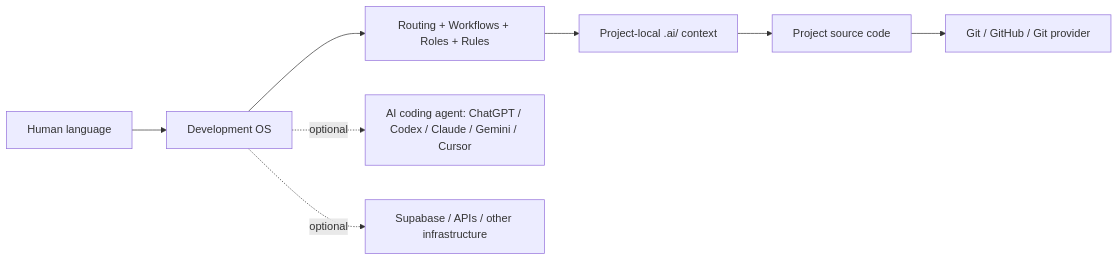
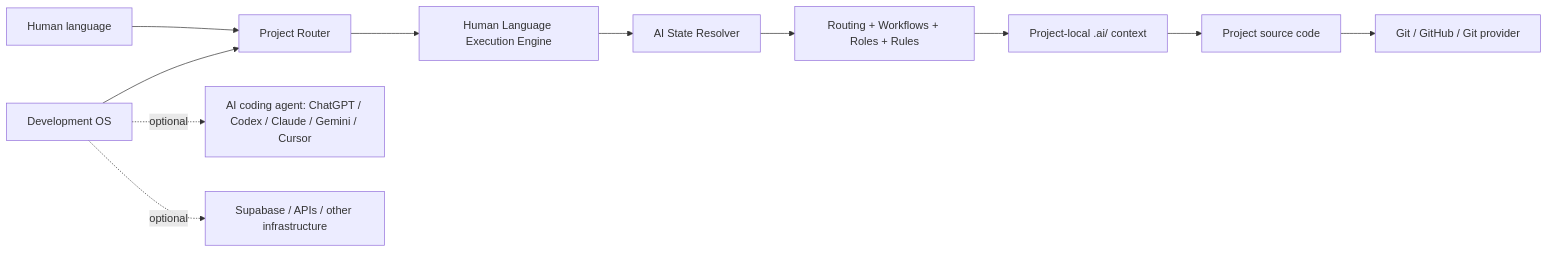
One commit to zzpsah/chatgpt-development-os changed the second of 3 diagrams in docs/ARCHITECTURE.md. Above: the diagram before and after it, drawn with Mermaid. The commit also changed other lines of this file, not shown here.

Commit message:
docs: integrate language engine and state resolver architecture

````diff
--- a/docs/ARCHITECTURE.md
+++ b/docs/ARCHITECTURE.md
@@ -35,10 +31,13 @@
 ```mermaid
 flowchart LR
-    H[Human language] --> OS[Development OS]
-    OS --> W[Routing + Workflows + Roles + Rules]
+    H[Human language] --> R[Project Router]
+    R --> E[Human Language Execution Engine]
+    E --> SR[AI State Resolver]
+    SR --> W[Routing + Workflows + Roles + Rules]
     W --> PM[Project-local .ai/ context]
     PM --> SRC[Project source code]
     SRC --> GH[Git / GitHub / Git provider]
+    OS[Development OS] --> R
     OS -. optional .-> AI[AI coding agent: ChatGPT / Codex / Claude / Gemini / Cursor]
     OS -. optional .-> DB[Supabase / APIs / other infrastructure]
 ```
````
